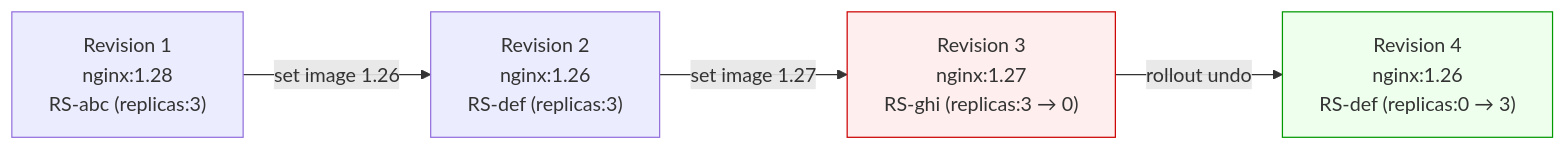
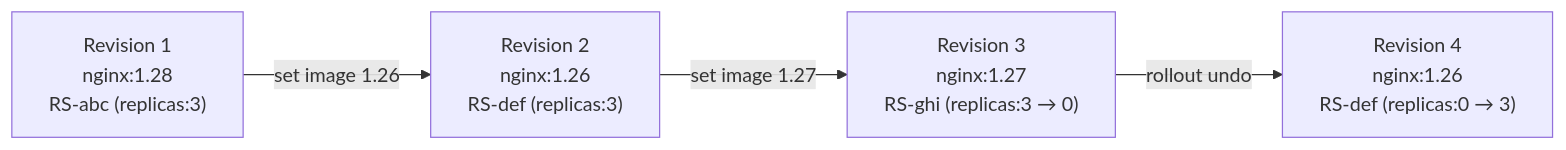
The diagram in src/courses/modules/deployments/04-rollback-and-revision-history/en/content.md (Antoine-Flo/kube-mastery), drawn with Mermaid before and after one commit. The commit also changed 21 other files, not shown here.

Commit message:
remove diagram styles

````diff
--- a/src/courses/modules/deployments/04-rollback-and-revision-history/en/content.md
+++ b/src/courses/modules/deployments/04-rollback-and-revision-history/en/content.md
@@ -74,14 +74,11 @@
 ```mermaid
 graph LR
     R1["Revision 1\nnginx:1.28\nRS-abc (replicas:3)"]
     R2["Revision 2\nnginx:1.26\nRS-def (replicas:3)"]
     R3["Revision 3\nnginx:1.27\nRS-ghi (replicas:3 → 0)"]
     R4["Revision 4\nnginx:1.26\nRS-def (replicas:0 → 3)"]
 
     R1 -->|"set image 1.26"| R2
     R2 -->|"set image 1.27"| R3
     R3 -->|"rollout undo"| R4
-
-    style R3 fill:#fee,stroke:#c00
-    style R4 fill:#efe,stroke:#090
 ```
````
